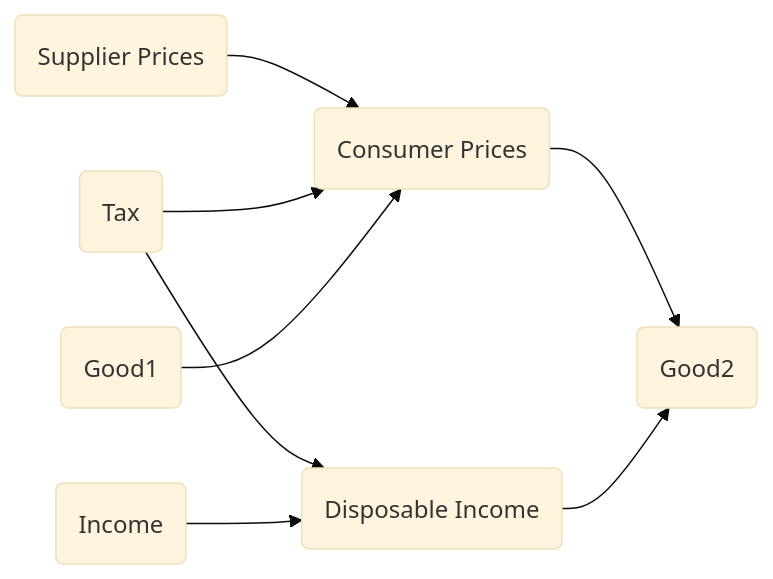
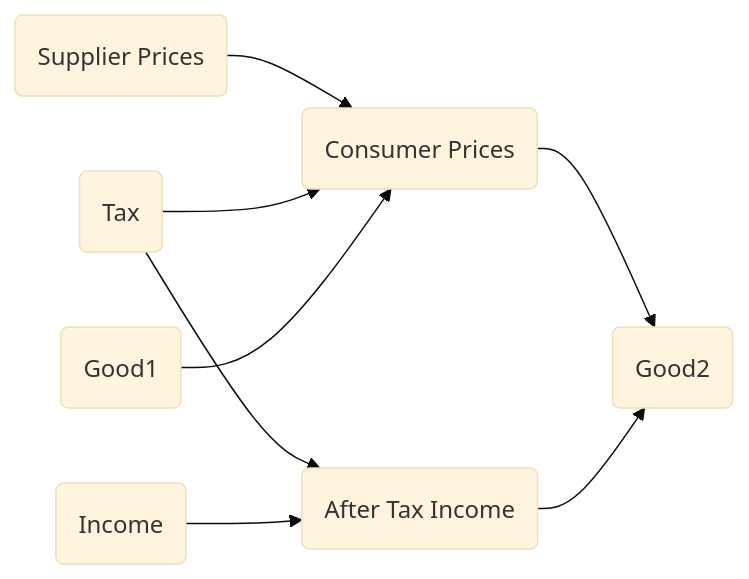
The second of 2 diagrams in docs/chapters/contraints.md (pharringtonp19/mecon), drawn with Mermaid (base theme) before and after one commit. The commit also changed other lines of this file and 4 other files, not shown here.

````diff
--- a/docs/chapters/contraints.md
+++ b/docs/chapters/contraints.md
@@ -80,10 +86,10 @@
 ``` mermaid
 flowchart LR
     A(Supplier Prices) -->  B(Consumer Prices);
     C(Tax) --> B;
     D(Good1) -->B;
-    C --> F(Disposable Income);
+    C --> F(After Tax Income);
     B --> H(Good2);
     F --> H;
     Z(Income) --> F;
 ```
````
